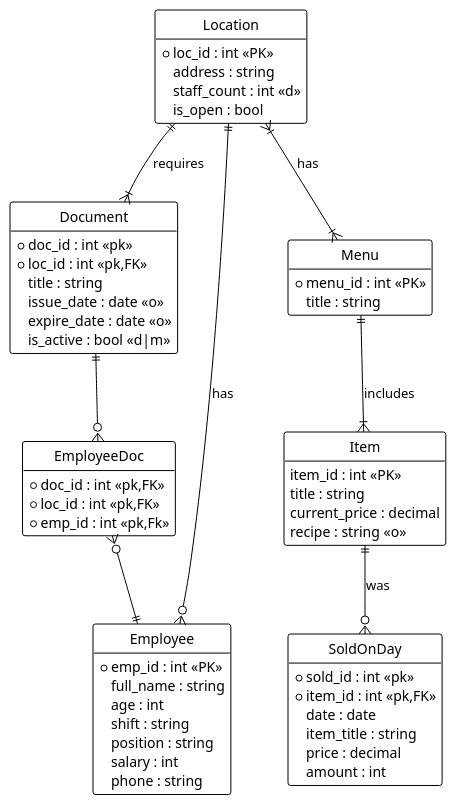
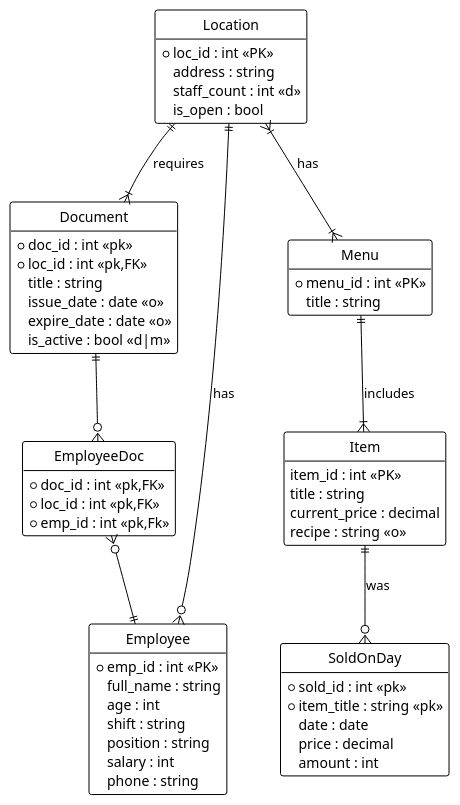
The diagram in lab2/er_crowsfoot.puml (MihajloVat/DB2025), drawn with PlantUML before and after one commit. The commit also changed 1 other file, not shown here.

```diff
--- a/lab2/er_crowsfoot.puml
+++ b/lab2/er_crowsfoot.puml
@@ -1,67 +1,66 @@
 @startuml
 !theme plain
 hide circle
 hide methods
 
 entity "Location" as loc {
 *loc_id : int <<PK>>
 address : string
 staff_count : int <<d>>
 is_open : bool
 }
 
 entity "Document" as doc {
 *doc_id : int <<pk>>
 *loc_id : int <<pk,FK>>
 title : string
 issue_date : date <<o>>
 expire_date : date <<o>>
 is_active : bool <<d|m>>
 }
 
 entity "Employee" as emp {
 *emp_id : int <<PK>>
 full_name : string
 age : int
 shift : string
 position : string
 salary : int
 phone : string
 }
 
 entity "Menu" as menu {
 *menu_id : int <<PK>>
 title : string
 }
 
 entity "Item" as item {
 item_id : int <<PK>>
 title : string
 current_price : decimal
 recipe : string <<o>>
 }
 
 entity "SoldOnDay" as sold {
 *sold_id : int <<pk>>
-*item_id : int <<pk,FK>>
+*item_title : string <<pk>>
 date : date
-item_title : string
 price : decimal
 amount : int
 }
 
 entity "EmployeeDoc" as empDoc {
 *doc_id : int <<pk,FK>>
 *loc_id : int <<pk,FK>>
 *emp_id : int <<pk,Fk>>
 }
 
 loc ||--|{ doc : "requires"
 loc }|--|{ menu : "has"
 loc ||--o{ emp : "has"
 menu ||--|{ item : "includes"
 item ||--o{ sold : "was"
 doc ||--o{ empDoc
 empDoc }o--|| emp
 
 @enduml
```
